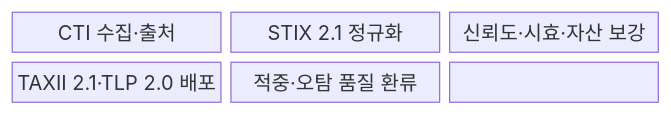
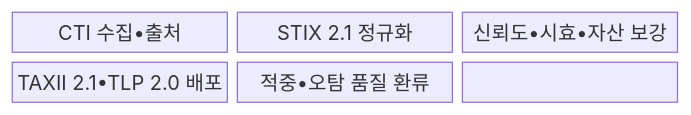
The first of 2 diagrams in src/content/docs/notes/05-security/122_cti_automation.md (agnusdei1207/knowledge-base), drawn with Mermaid before and after one commit. The commit also changed other lines of this file and 953 other files, not shown here.

````diff
--- a/src/content/docs/notes/05-security/122_cti_automation.md
+++ b/src/content/docs/notes/05-security/122_cti_automation.md
@@ -68,11 +68,11 @@
 ```mermaid
 block-beta
   columns 3
-  S["CTI 수집·출처"]
+  S["CTI 수집•출처"]
   N["STIX 2.1 정규화"]
-  E["신뢰도·시효·자산 보강"]
-  D["TAXII 2.1·TLP 2.0 배포"]
-  F["적중·오탐 품질 환류"]
+  E["신뢰도•시효•자산 보강"]
+  D["TAXII 2.1•TLP 2.0 배포"]
+  F["적중•오탐 품질 환류"]
   S --- N --- E
   E --- D --- F
 ```
````
